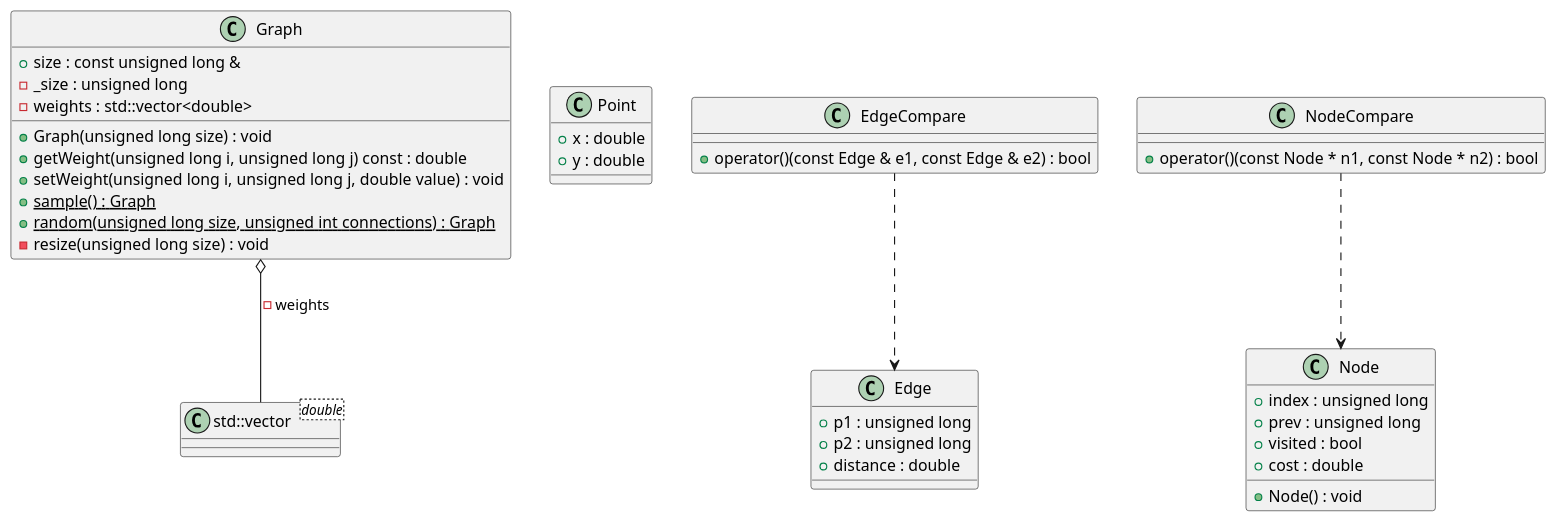
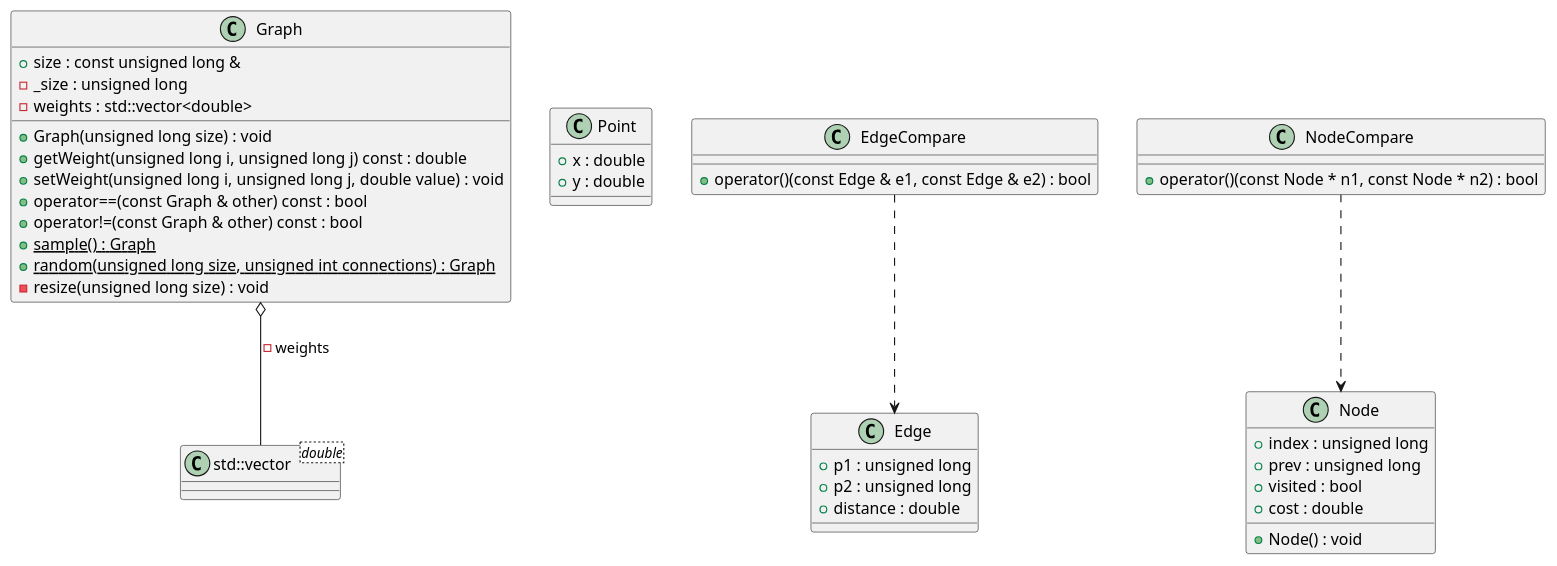
One commit to vikman90/dijkstra changed the diagram in doc/puml/class.puml. Above: the diagram before and after it, drawn with PlantUML. The commit also changed 2 other files, not shown here.

Commit message:
Add comparison operators to class Graph

```diff
--- a/doc/puml/class.puml
+++ b/doc/puml/class.puml
@@ -1,50 +1,52 @@
 @startuml
 class "std::vector<double>" as C_0001416075627737883969
 class C_0001416075627737883969 {
 }
 class "Point" as C_0002166275425153909472
 class C_0002166275425153909472 {
 +x : double
 +y : double
 }
 class "Edge" as C_0000670296760435837588
 class C_0000670296760435837588 {
 +p1 : unsigned long
 +p2 : unsigned long
 +distance : double
 }
 class "EdgeCompare" as C_0001087390416821502252
 class C_0001087390416821502252 {
 +operator()(const Edge & e1, const Edge & e2) : bool
 }
 class "Graph" as C_0001069613870066812431
 class C_0001069613870066812431 {
 +Graph(unsigned long size) : void
 +getWeight(unsigned long i, unsigned long j) const : double
 +setWeight(unsigned long i, unsigned long j, double value) : void
++operator==(const Graph & other) const : bool
++operator!=(const Graph & other) const : bool
 {static} +sample() : Graph
 {static} +random(unsigned long size, unsigned int connections) : Graph
 -resize(unsigned long size) : void
 +size : const unsigned long &
 -_size : unsigned long
 -weights : std::vector<double>
 }
 class "Node" as C_0000218299049716973303
 class C_0000218299049716973303 {
 +Node() : void
 +index : unsigned long
 +prev : unsigned long
 +visited : bool
 +cost : double
 }
 class "NodeCompare" as C_0000140293027590734614
 class C_0000140293027590734614 {
 +operator()(const Node * n1, const Node * n2) : bool
 }
 C_0001087390416821502252 ..> C_0000670296760435837588
 C_0001069613870066812431 o-- C_0001416075627737883969 : -weights
 C_0000140293027590734614 ..> C_0000218299049716973303
 
 'Generated with clang-uml, version 0.3.4
 'LLVM version Ubuntu clang version 15.0.6
 @enduml
```
